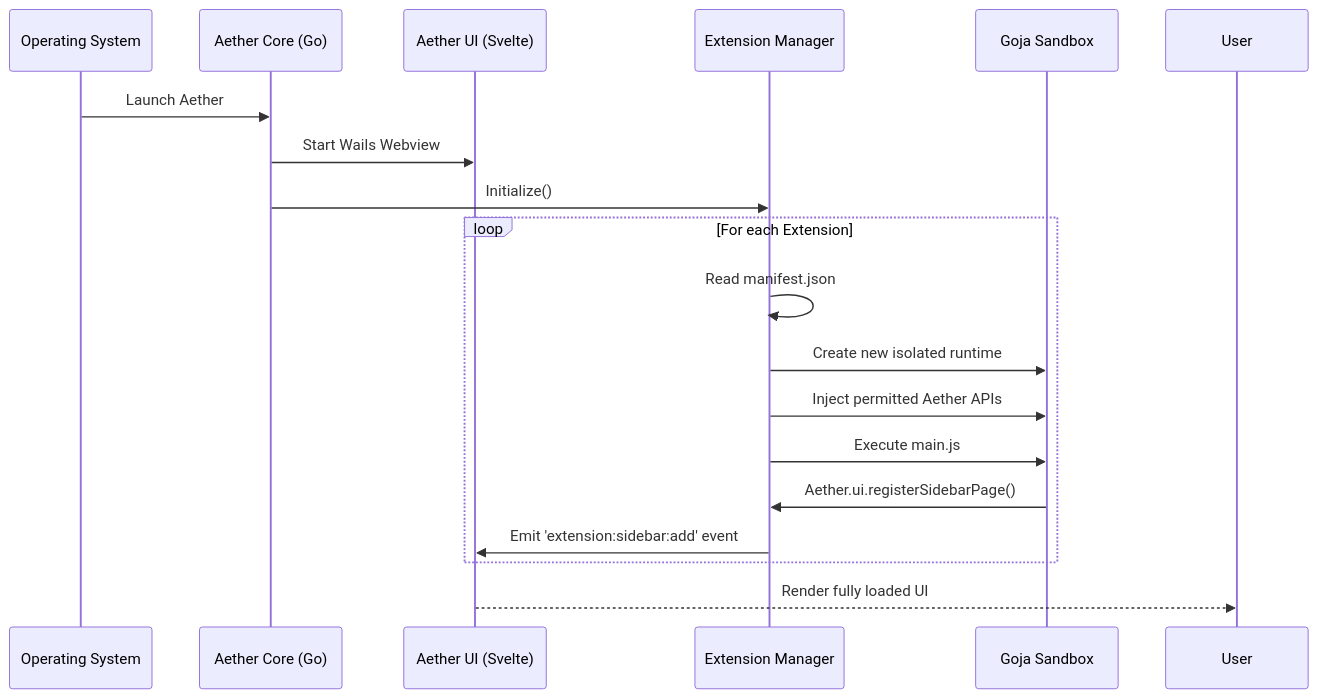
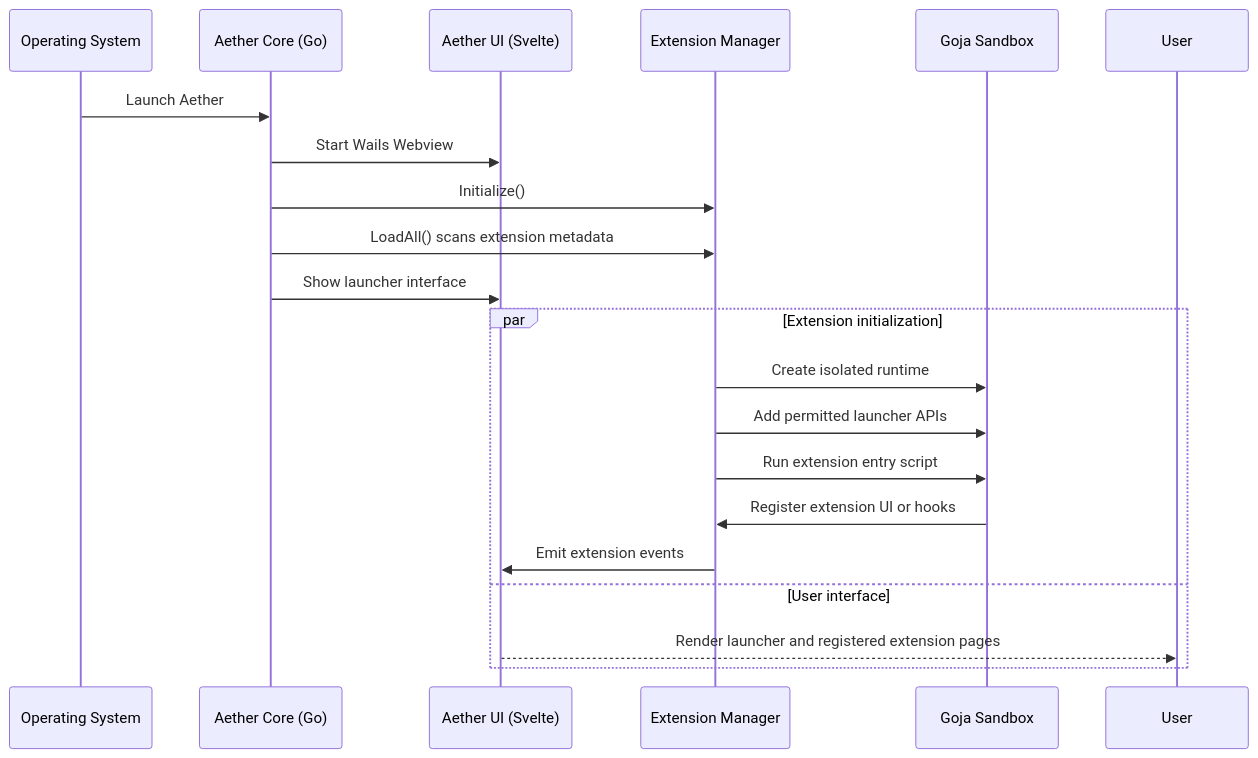
One commit to Aether-Launcher/Aether changed the first of 2 diagrams in docs/ARCHITECTURE.md. Above: the diagram before and after it, drawn with Mermaid. The commit also changed other lines of this file and 9 other files, not shown here.

````diff
--- a/docs/ARCHITECTURE.md
+++ b/docs/ARCHITECTURE.md
@@ -32,23 +33,24 @@
 ```mermaid
 sequenceDiagram
     participant OS as Operating System
     participant Core as Aether Core (Go)
     participant UI as Aether UI (Svelte)
     participant ExtManager as Extension Manager
     participant Sandbox as Goja Sandbox
 
     OS->>Core: Launch Aether
     Core->>UI: Start Wails Webview
     Core->>ExtManager: Initialize()
     
-    loop For each Extension
-        ExtManager->>ExtManager: Read manifest.json
-        ExtManager->>Sandbox: Create new isolated runtime
-        ExtManager->>Sandbox: Inject permitted Aether APIs
-        ExtManager->>Sandbox: Execute main.js
-        Sandbox->>ExtManager: Aether.ui.registerSidebarPage()
-        ExtManager->>UI: Emit 'extension:sidebar:add' event
+    Core->>ExtManager: LoadAll() scans extension metadata
+    Core->>UI: Show launcher interface
+    par Extension initialization
+        ExtManager->>Sandbox: Create isolated runtime
+        ExtManager->>Sandbox: Add permitted launcher APIs
+        ExtManager->>Sandbox: Run extension entry script
+        Sandbox->>ExtManager: Register extension UI or hooks
+        ExtManager->>UI: Emit extension events
+    and User interface
+        UI-->>User: Render launcher and registered extension pages
     end
-    
-    UI-->>User: Render fully loaded UI
 ```
````
